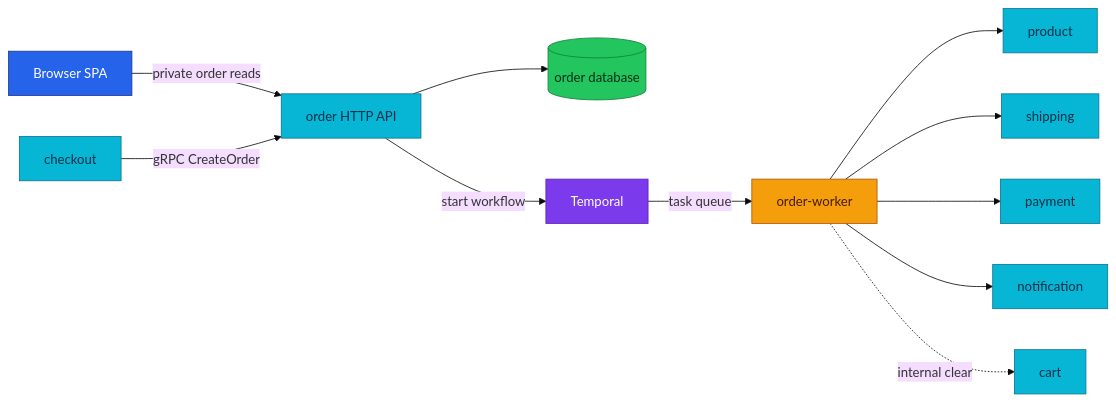
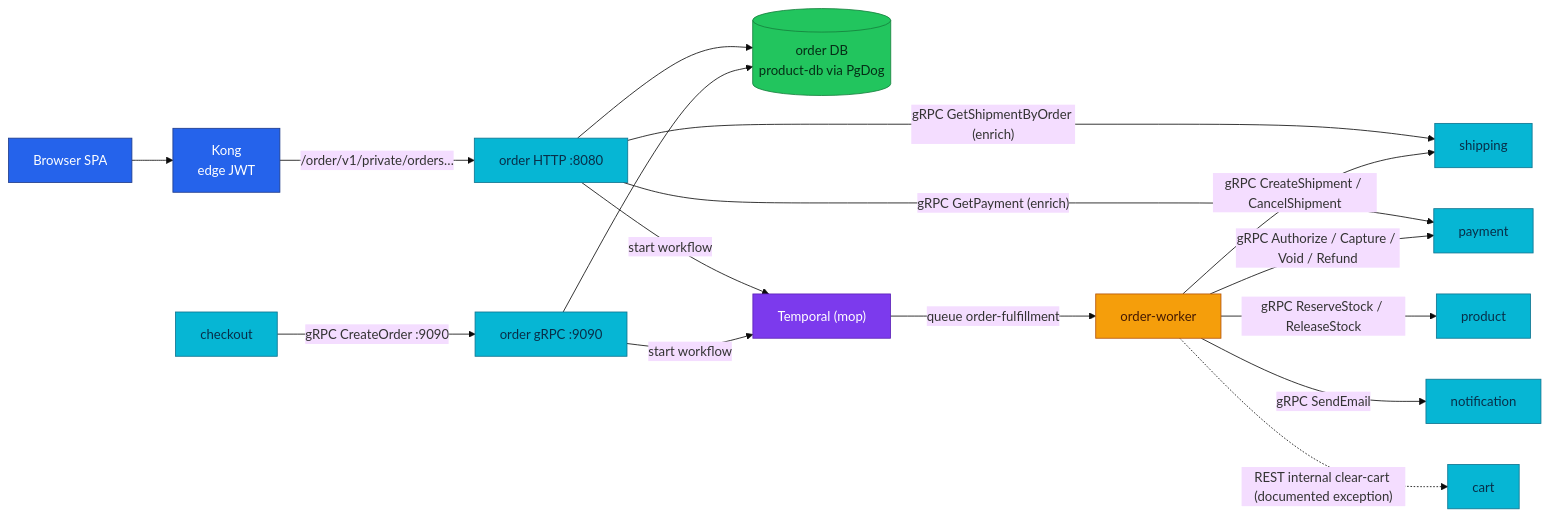
One commit to duynhlab/homelab changed the first of 2 diagrams in docs/api/order.md. Above: the diagram before and after it, drawn with Mermaid (base theme). The commit also changed other lines of this file and 20 other files, not shown here.

````diff
--- a/docs/api/order.md
+++ b/docs/api/order.md
@@ -21,24 +59,29 @@
 ```mermaid
 flowchart LR
-    SPA[Browser SPA] -->|private order reads| Order[order HTTP API]
-    Checkout[checkout] -->|gRPC CreateOrder| Order
-    Order --> DB[(order database)]
-    Order -->|start workflow| Temporal[Temporal]
-    Temporal -->|task queue| Worker[order-worker]
-    Worker --> Product[product]
-    Worker --> Shipping[shipping]
-    Worker --> Payment[payment]
-    Worker --> Notification[notification]
-    Worker -. internal clear .-> Cart[cart]
+    SPA["Browser SPA"] --> Kong["Kong<br/>edge JWT"]
+    Kong -->|"/order/v1/private/orders…"| Order["order HTTP :8080"]
+    CK["checkout"] -->|"gRPC CreateOrder :9090"| OrderG["order gRPC :9090"]
+    Order --> DB[("order DB<br/>product-db via PgDog")]
+    OrderG --> DB
+    Order -->|"gRPC GetShipmentByOrder (enrich)"| SHIP[shipping]
+    Order -->|"gRPC GetPayment (enrich)"| PAY[payment]
+    Order -->|"start workflow"| TMP["Temporal (mop)"]
+    OrderG -->|"start workflow"| TMP
+    TMP -->|"queue order-fulfillment"| W["order-worker"]
+    W -->|"gRPC ReserveStock / ReleaseStock"| PROD[product]
+    W -->|"gRPC CreateShipment / CancelShipment"| SHIP
+    W -->|"gRPC Authorize / Capture / Void / Refund"| PAY
+    W -->|"gRPC SendEmail"| NOTIF[notification]
+    W -.->|"REST internal clear-cart (documented exception)"| CART[cart]
 
     classDef edge fill:#2563eb,color:#fff,stroke:#1e3a8a;
     classDef service fill:#06b6d4,color:#082f49,stroke:#0e7490;
     classDef worker fill:#f59e0b,color:#451a03,stroke:#b45309;
     classDef platform fill:#7c3aed,color:#fff,stroke:#5b21b6;
     classDef data fill:#22c55e,color:#052e16,stroke:#15803d;
-    class SPA edge;
-    class Order,Checkout,Product,Shipping,Payment,Notification,Cart service;
-    class Worker worker;
-    class Temporal platform;
+    class SPA,Kong edge;
+    class Order,OrderG,CK,PROD,SHIP,PAY,NOTIF,CART service;
+    class W worker;
+    class TMP platform;
     class DB data;
 ```
````
